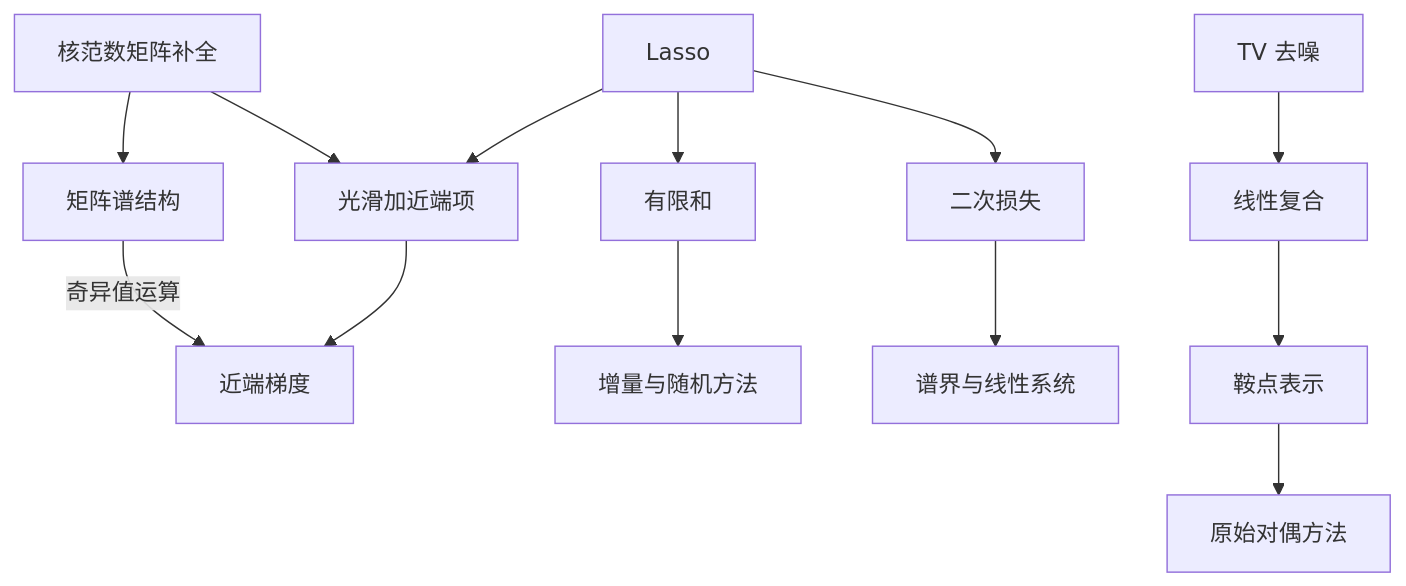
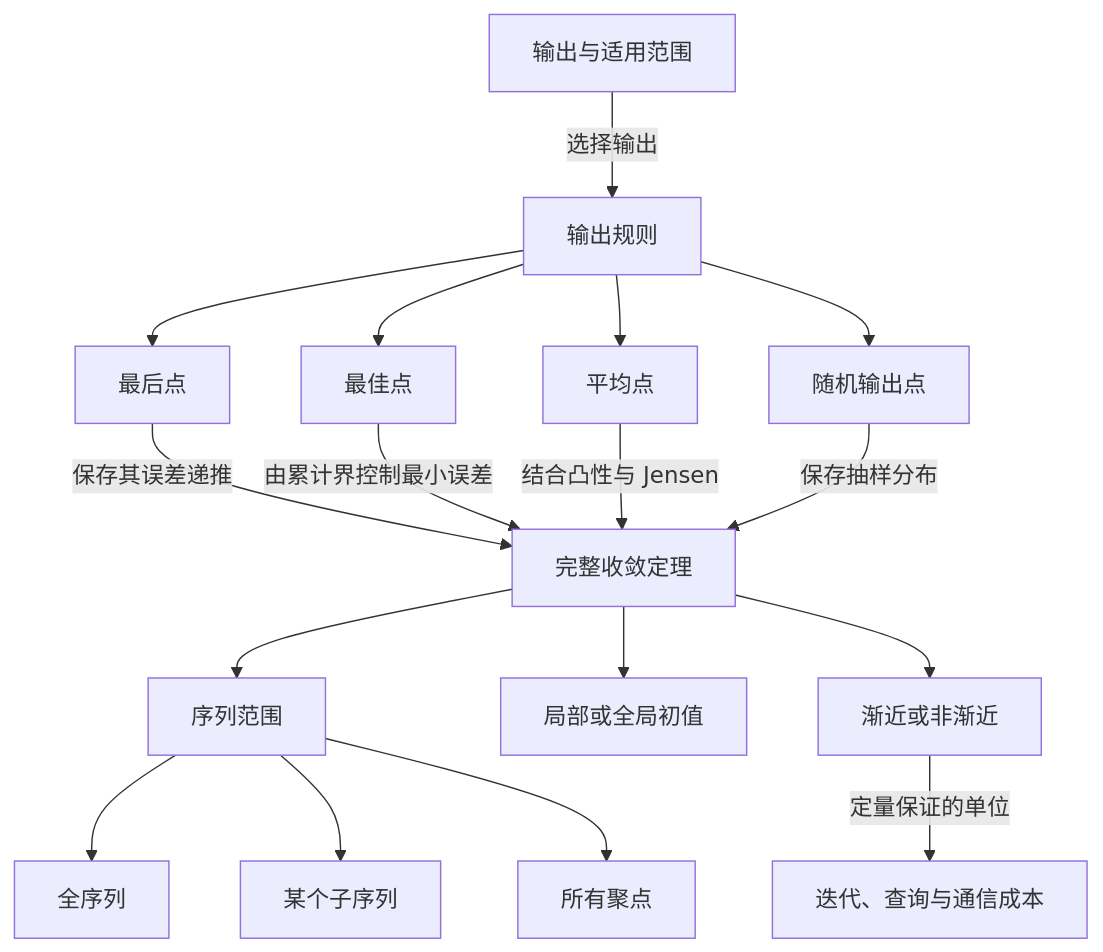
Before and after one commit to ConanXu-math/conanxu-math.github.io: the eighth of 32 diagrams in _posts/2026-11-14-optimization-convergence-map.zh-CN.md, drawn with Mermaid. The commit also changed other lines of this file and 1 other file, not shown here.

````diff
--- a/_posts/2026-11-14-optimization-convergence-map.zh-CN.md
+++ b/_posts/2026-11-14-optimization-convergence-map.zh-CN.md
@@ -88,15 +1979,19 @@
 ```mermaid
 flowchart TD
-  L["Lasso"] --> C["光滑加近端项"]
-  L --> F["有限和"]
-  L --> Q["二次损失"]
-  T["TV 去噪"] --> K["线性复合"]
-  M["核范数矩阵补全"] --> C
-  M --> R["矩阵谱结构"]
-  C --> P["近端梯度"]
-  F --> V["增量与随机方法"]
-  Q --> H["谱界与线性系统"]
-  K --> S["鞍点表示"]
-  S --> D["原始对偶方法"]
-  R -->|奇异值运算| P
+  map_outputs["输出与适用范围"] -->|选择输出| output_rule["输出规则"]
+  output_rule --> out_last["最后点"]
+  output_rule --> out_best["最佳点"]
+  output_rule --> out_average["平均点"]
+  output_rule --> out_random["随机输出点"]
+  out_last -->|保存其误差递推| theorem_record["完整收敛定理"]
+  out_best -->|由累计界控制最小误差| theorem_record
+  out_average -->|结合凸性与 Jensen| theorem_record
+  out_random -->|保存抽样分布| theorem_record
+  theorem_record --> scope_sequence["序列范围"]
+  theorem_record --> scope_region["局部或全局初值"]
+  theorem_record --> scope_time["渐近或非渐近"]
+  scope_sequence --> scope_full["全序列"]
+  scope_sequence --> scope_subsequence["某个子序列"]
+  scope_sequence --> scope_clusters["所有聚点"]
+  scope_time -->|定量保证的单位| cost_units["迭代、查询与通信成本"]
 ```
````
